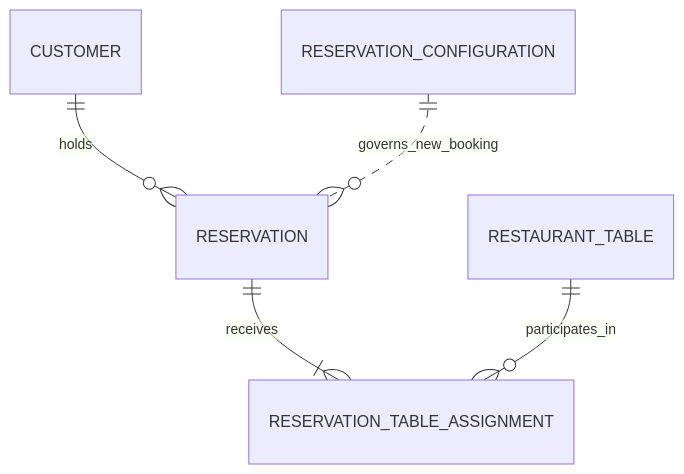
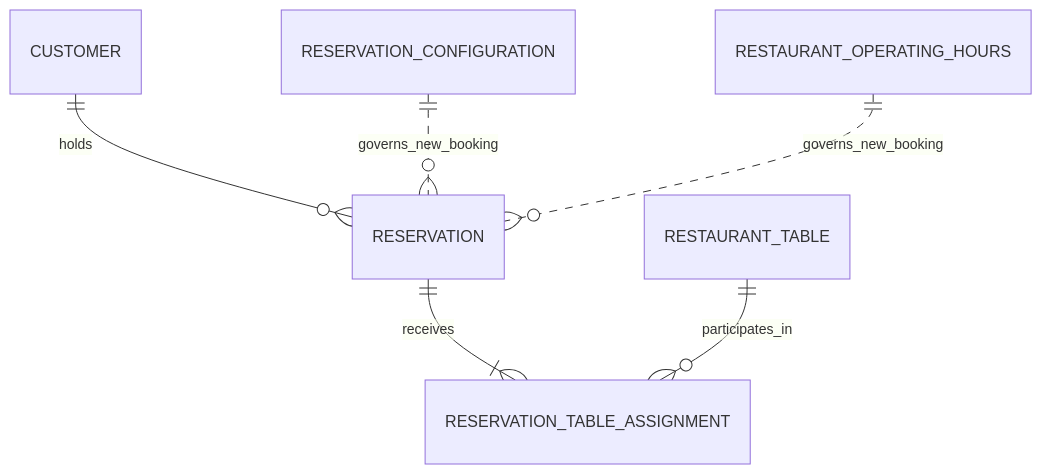
The diagram in Cafe_Fausse_DB02_Conceptual_Data_Model.md (20343318/CafeFausseFinal), drawn with Mermaid before and after one commit. The commit also changed other lines of this file and 3 other files, not shown here.

````diff
--- a/Cafe_Fausse_DB02_Conceptual_Data_Model.md
+++ b/Cafe_Fausse_DB02_Conceptual_Data_Model.md
@@ -41,7 +45,8 @@
 ```mermaid
 erDiagram
     CUSTOMER ||--o{ RESERVATION : holds
     RESERVATION ||--|{ RESERVATION_TABLE_ASSIGNMENT : receives
     RESTAURANT_TABLE ||--o{ RESERVATION_TABLE_ASSIGNMENT : participates_in
     RESERVATION_CONFIGURATION ||..o{ RESERVATION : governs_new_booking
+    RESTAURANT_OPERATING_HOURS ||..o{ RESERVATION : governs_new_booking
 ```
````
